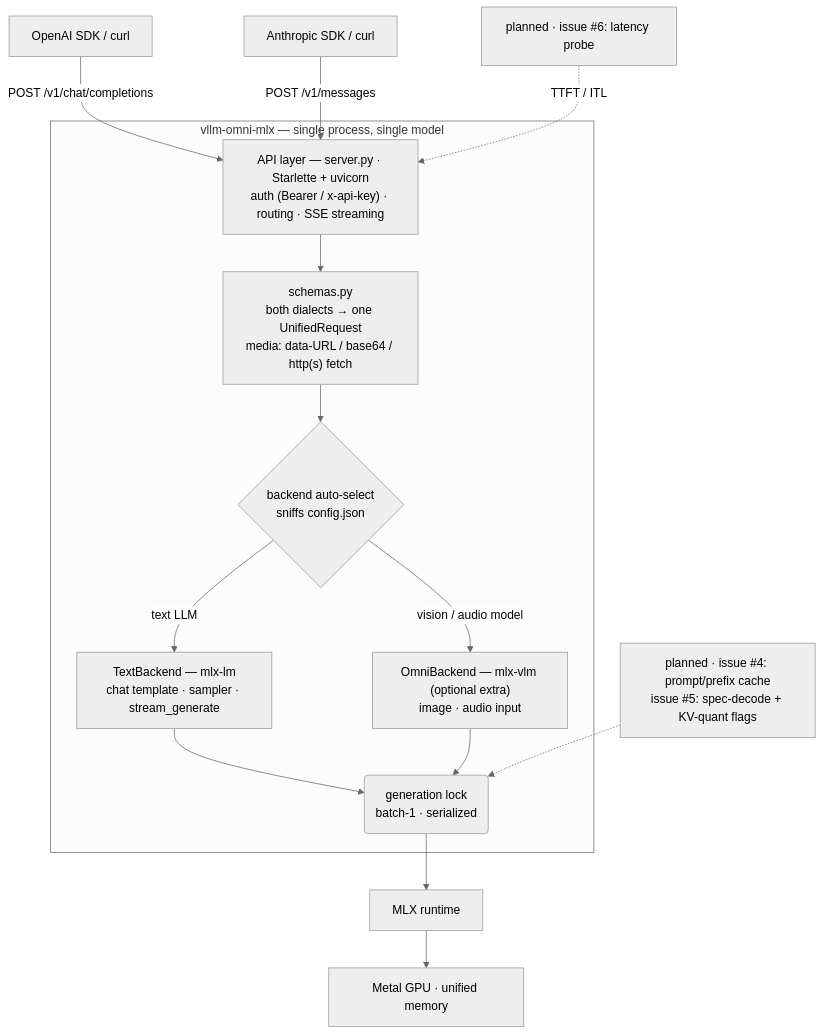
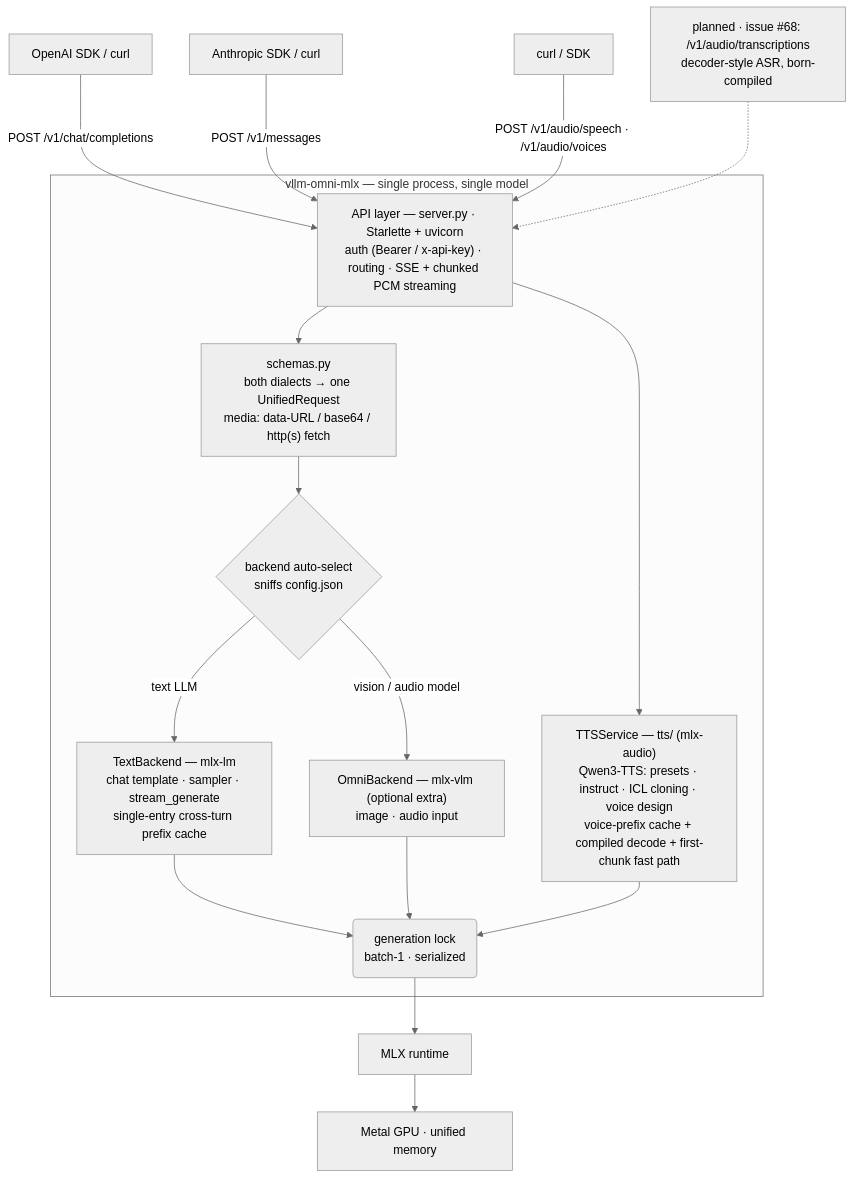
The diagram in docs/architecture.md (EJqy/vllm-omni-mlx), drawn with Mermaid (neutral theme) before and after one commit. The commit also changed other lines of this file, not shown here.

First line of the commit message:
docs: architecture.md catches up to the speech stack (0.1.0) (#83)

````diff
--- a/docs/architecture.md
+++ b/docs/architecture.md
@@ -6,29 +6,31 @@
 ```mermaid
 flowchart TD
     OC["OpenAI SDK / curl"] -->|"POST /v1/chat/completions"| GATE
     AC["Anthropic SDK / curl"] -->|"POST /v1/messages"| GATE
+    SC["curl / SDK"] -->|"POST /v1/audio/speech · /v1/audio/voices"| GATE
 
     subgraph SERVER["vllm-omni-mlx — single process, single model"]
-        GATE["API layer — server.py · Starlette + uvicorn<br/>auth (Bearer / x-api-key) · routing · SSE streaming"]
+        GATE["API layer — server.py · Starlette + uvicorn<br/>auth (Bearer / x-api-key) · routing · SSE + chunked PCM streaming"]
         NORM["schemas.py<br/>both dialects → one UnifiedRequest<br/>media: data-URL / base64 / http(s) fetch"]
         SEL{"backend auto-select<br/>sniffs config.json"}
-        TB["TextBackend — mlx-lm<br/>chat template · sampler · stream_generate"]
+        TB["TextBackend — mlx-lm<br/>chat template · sampler · stream_generate<br/>single-entry cross-turn prefix cache"]
         OB["OmniBackend — mlx-vlm (optional extra)<br/>image · audio input"]
+        TS["TTSService — tts/ (mlx-audio)<br/>Qwen3-TTS: presets · instruct · ICL cloning · voice design<br/>voice-prefix cache + compiled decode + first-chunk fast path"]
         LOCK("generation lock<br/>batch-1 · serialized")
     end
 
     MLX["MLX runtime"]
     GPU["Metal GPU · unified memory"]
 
     GATE --> NORM --> SEL
+    GATE --> TS
     SEL -->|"text LLM"| TB
     SEL -->|"vision / audio model"| OB
     TB --> LOCK
     OB --> LOCK
+    TS --> LOCK
     LOCK --> MLX --> GPU
 
-    PLAN["planned · issue #4: prompt/prefix cache<br/>issue #5: spec-decode + KV-quant flags"]
-    PROBE["planned · issue #6: latency probe"]
-    PLAN -.-> LOCK
-    PROBE -.->|"TTFT / ITL"| GATE
+    ASR["planned · issue #68: /v1/audio/transcriptions<br/>decoder-style ASR, born-compiled"]
+    ASR -.-> GATE
 ```
````
